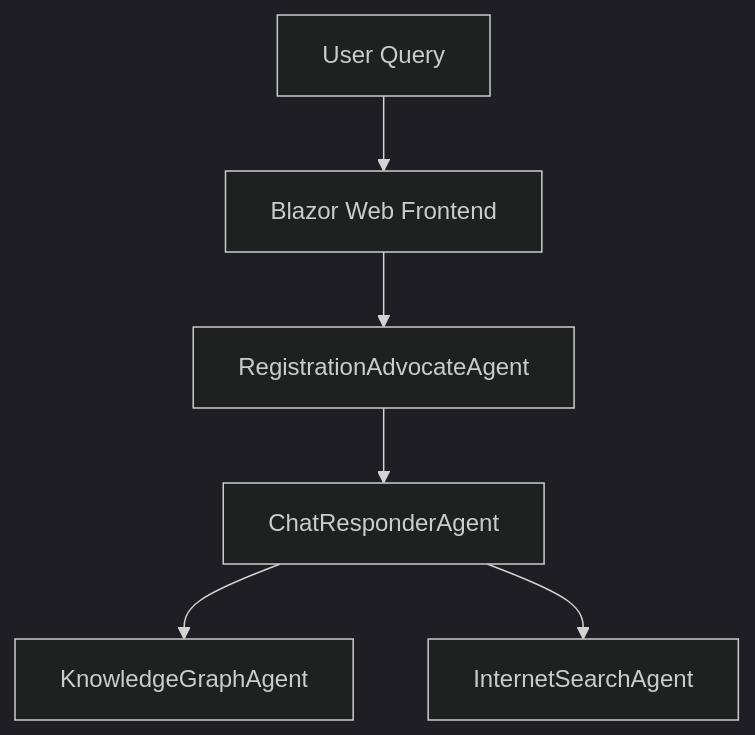
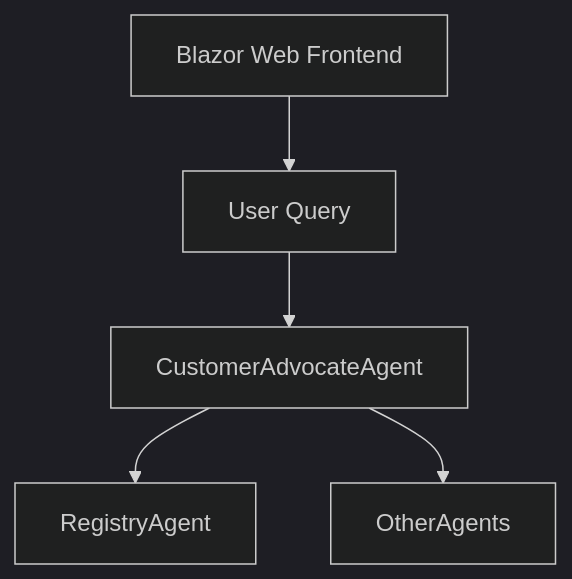
One commit to Donelle/Agent2Agent changed the first of 2 diagrams in Agent2Agent.AgentA/README.md. Above: the diagram before and after it, drawn with Mermaid (dark theme). The commit also changed other lines of this file and 8 other files, not shown here.

````diff
--- a/Agent2Agent.AgentA/README.md
+++ b/Agent2Agent.AgentA/README.md
@@ -17,8 +18,7 @@
 ```mermaid
 flowchart TD
-    User[User Query] --> Web[Blazor Web Frontend]
-    Web --> AgentA[RegistrationAdvocateAgent]
-    AgentA --> AgentB[ChatResponderAgent]
-    AgentB --> AgentC[KnowledgeGraphAgent]
-    AgentB --> AgentD[InternetSearchAgent]
+    Web[Blazor Web Frontend] --> User[User Query]
+    User[User Query] --> AgentA[CustomerAdvocateAgent]
+    AgentA --> RegistryAgent
+    AgentA --> OtherAgents
 ```
````
